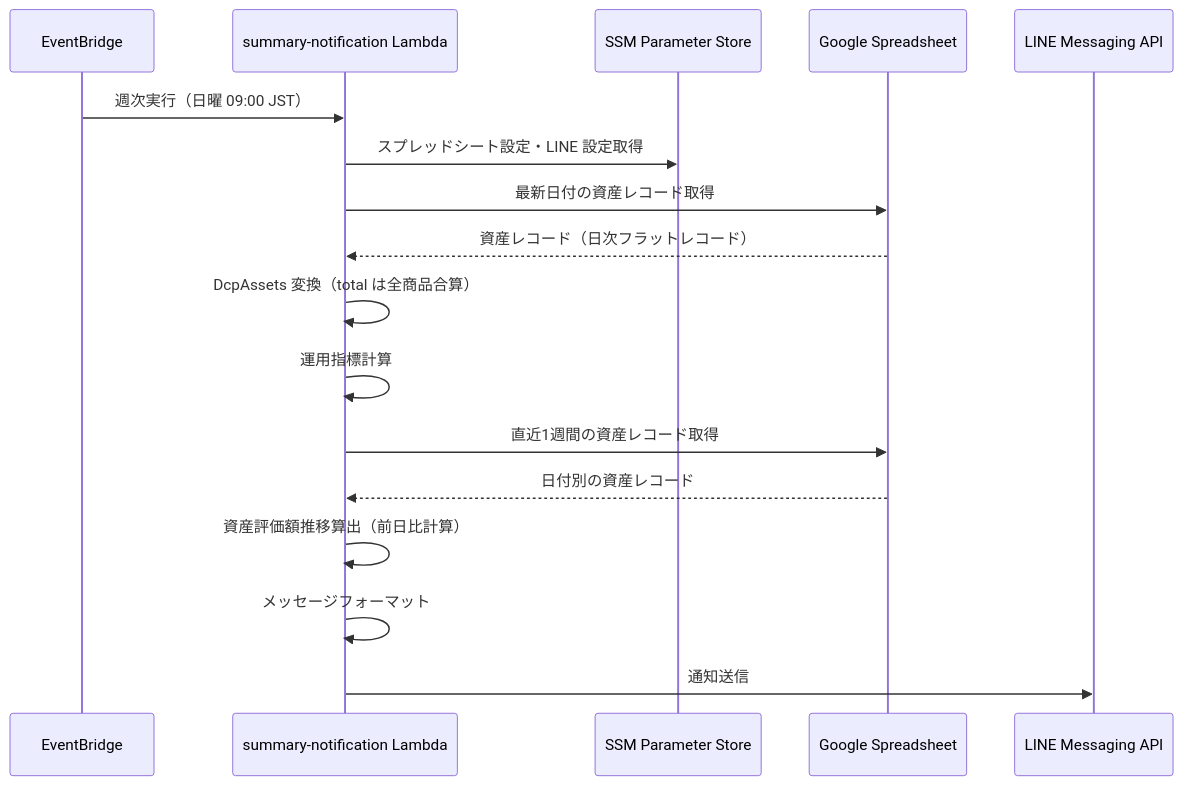
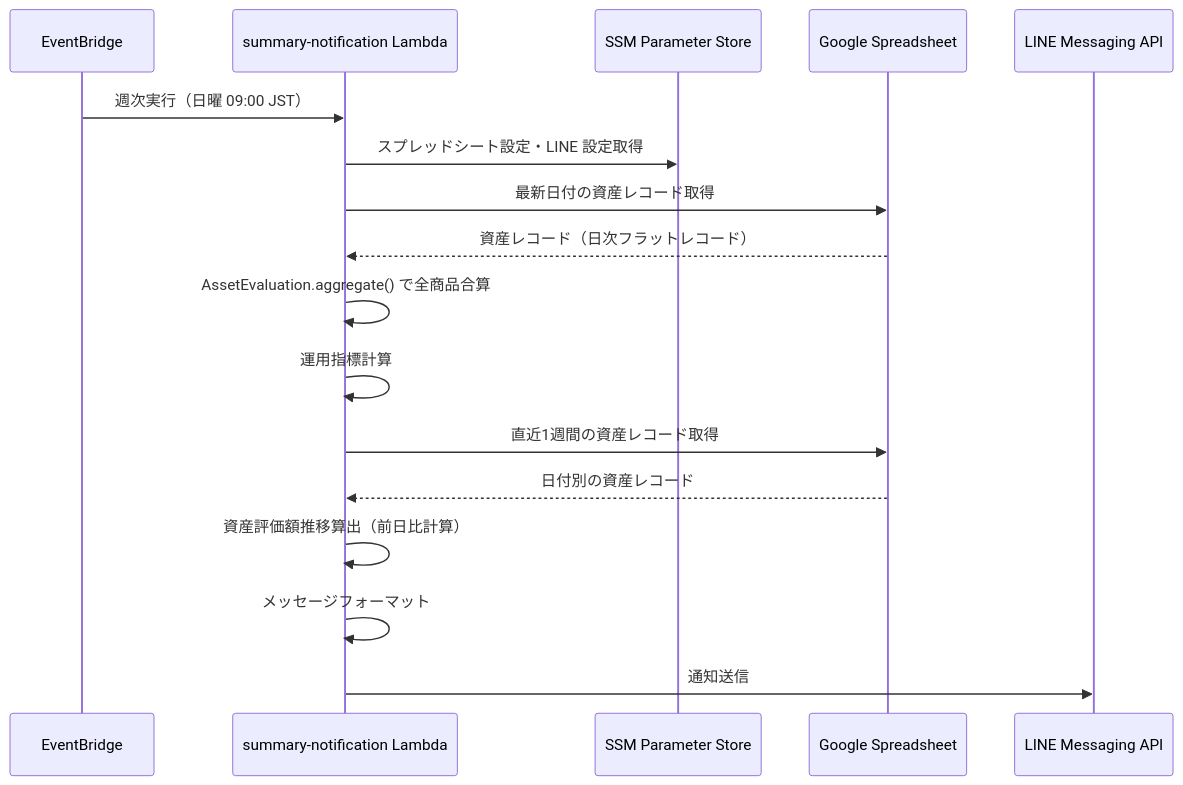
The second of 2 diagrams in docs/functional-design.md (kamaD-y/dcp-ops-monitor), drawn with Mermaid before and after one commit. The commit also changed other lines of this file, not shown here.

First line of the commit message:
docs: DcpAssets 廃止に伴う functional-design.md の更新

````diff
--- a/docs/functional-design.md
+++ b/docs/functional-design.md
@@ -50,20 +50,20 @@
 ```mermaid
 sequenceDiagram
     participant EventBridge
     participant Lambda as summary-notification Lambda
     participant SSM as SSM Parameter Store
     participant GSheet as Google Spreadsheet
     participant LINE as LINE Messaging API
 
     EventBridge->>Lambda: 週次実行（日曜 09:00 JST）
     Lambda->>SSM: スプレッドシート設定・LINE 設定取得
     Lambda->>GSheet: 最新日付の資産レコード取得
     GSheet-->>Lambda: 資産レコード（日次フラットレコード）
-    Lambda->>Lambda: DcpAssets 変換（total は全商品合算）
+    Lambda->>Lambda: AssetEvaluation.aggregate() で全商品合算
     Lambda->>Lambda: 運用指標計算
     Lambda->>GSheet: 直近1週間の資産レコード取得
     GSheet-->>Lambda: 日付別の資産レコード
     Lambda->>Lambda: 資産評価額推移算出（前日比計算）
     Lambda->>Lambda: メッセージフォーマット
     Lambda->>LINE: 通知送信
 ```
````
